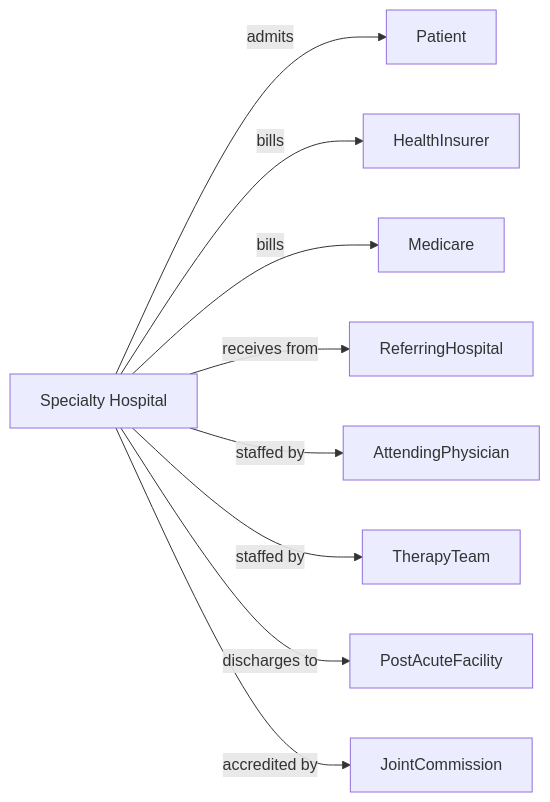
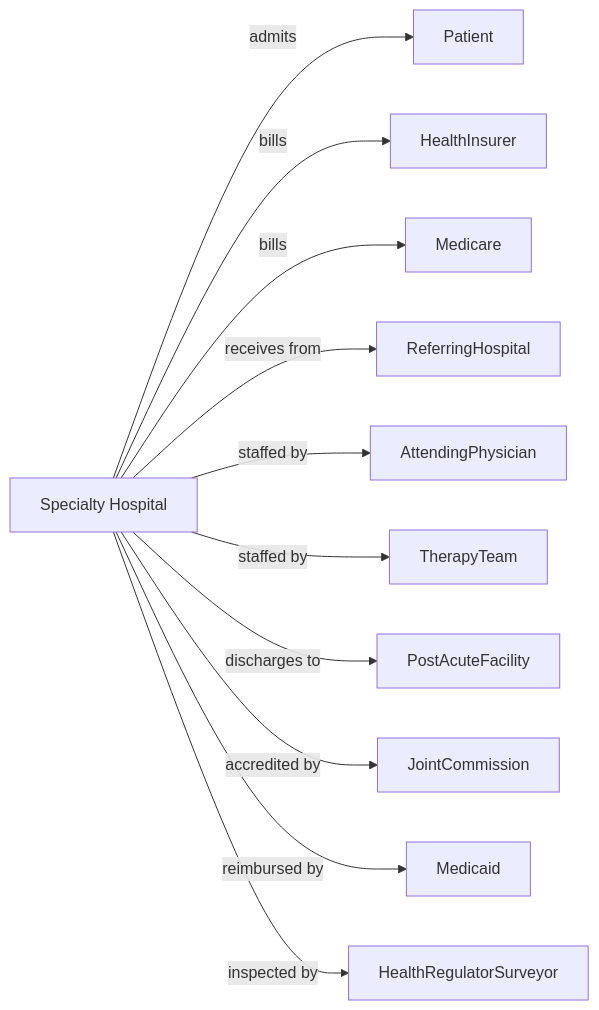
One commit to dot-org-ai/industries.org.ai changed the second of 2 diagrams in HealthCare/Hospitals/SpecialtyExceptPsychiatricAndSubstanceAbuseHospitals/SpecialtyExceptPsychiatricAndSubstanceAbuseHospitals.mdx. Above: the diagram before and after it, drawn with Mermaid. The commit also changed 588 other files, not shown here.

````diff
--- a/HealthCare/Hospitals/SpecialtyExceptPsychiatricAndSubstanceAbuseHospitals/SpecialtyExceptPsychiatricAndSubstanceAbuseHospitals.mdx
+++ b/HealthCare/Hospitals/SpecialtyExceptPsychiatricAndSubstanceAbuseHospitals/SpecialtyExceptPsychiatricAndSubstanceAbuseHospitals.mdx
@@ -142,13 +142,15 @@
 ```mermaid
 graph LR
     S[Specialty Hospital]
 
     S -->|admits| Patient
     S -->|bills| HealthInsurer
     S -->|bills| Medicare
     S -->|receives from| ReferringHospital
     S -->|staffed by| AttendingPhysician
     S -->|staffed by| TherapyTeam
     S -->|discharges to| PostAcuteFacility
     S -->|accredited by| JointCommission
+    S -->|reimbursed by| Medicaid
+    S -->|inspected by| HealthRegulatorSurveyor
 ```
````
